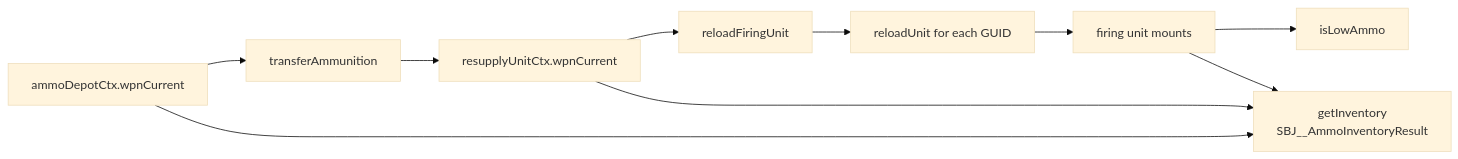
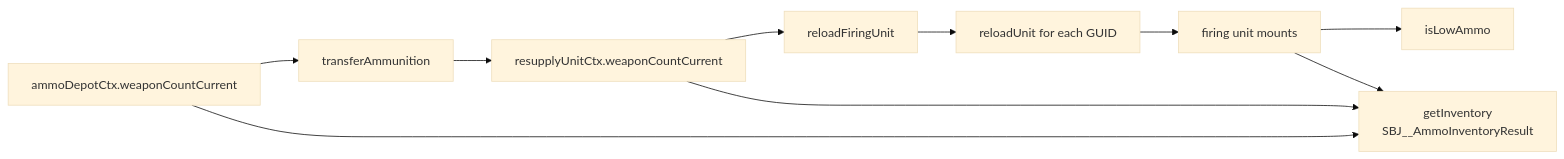
The diagram in docs/missileSystem/ammo.md (pullupjumper/formosa-in-flames), drawn with Mermaid (base theme) before and after one commit. The commit also changed other lines of this file and 67 other files, not shown here.

````diff
--- a/docs/missileSystem/ammo.md
+++ b/docs/missileSystem/ammo.md
@@ -30,15 +30,15 @@
 ```mermaid
 flowchart LR
-    AD[ammoDepotCtx.wpnCurrent] --> TA[transferAmmunition]
-    TA --> RU[resupplyUnitCtx.wpnCurrent]
+    AD[ammoDepotCtx.weaponCountCurrent] --> TA[transferAmmunition]
+    TA --> RU[resupplyUnitCtx.weaponCountCurrent]
 
     RU --> RF[reloadFiringUnit]
     RF --> R1[reloadUnit for each GUID]
     R1 --> TEL[firing unit mounts]
 
     TEL --> LA[isLowAmmo]
 
     AD --> INV
     RU --> INV
     TEL --> INV[getInventory<br>SBJ__AmmoInventoryResult]
 ```
````
